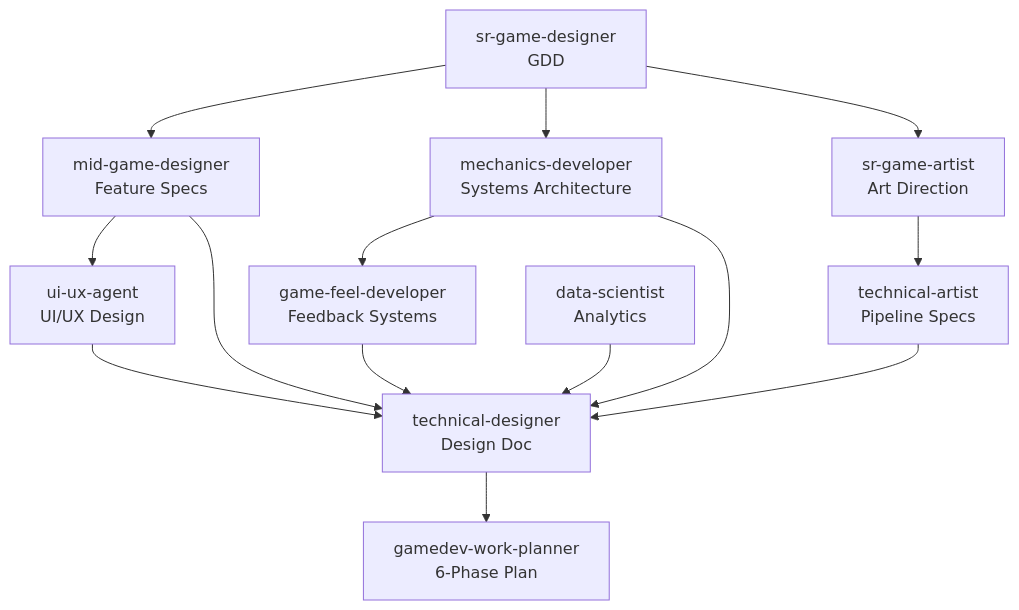
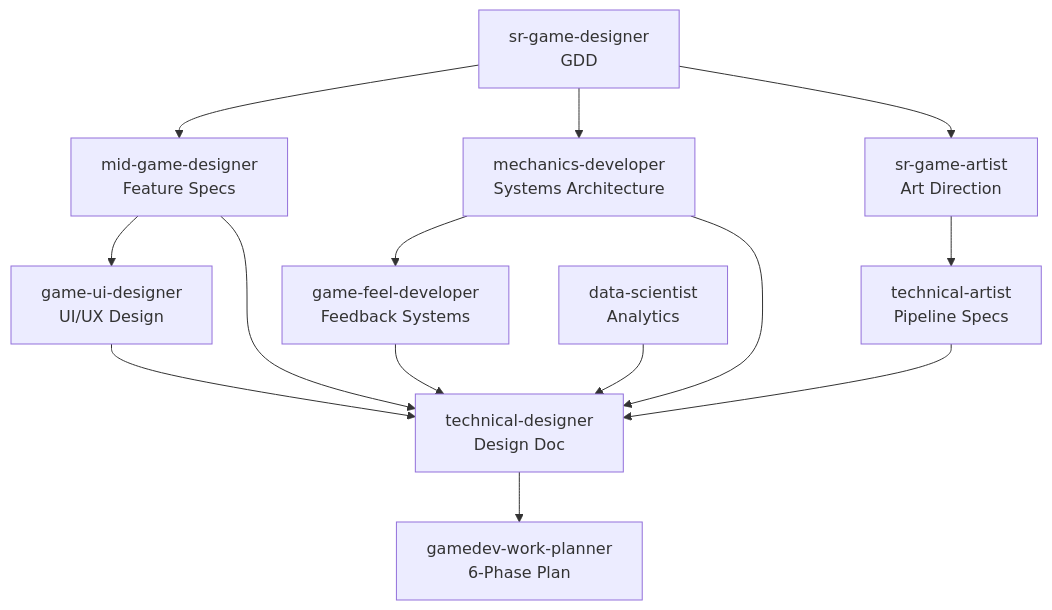
The tenth of 10 diagrams in docs/overture/gamedev-workflows.md (tundraray/overture), drawn with Mermaid before and after one commit. The commit also changed other lines of this file and 92 other files, not shown here.

````diff
--- a/docs/overture/gamedev-workflows.md
+++ b/docs/overture/gamedev-workflows.md
@@ -335,18 +335,18 @@
 ```mermaid
 graph TB
     SGD[sr-game-designer<br/>GDD] --> MGD[mid-game-designer<br/>Feature Specs]
     SGD --> MD[mechanics-developer<br/>Systems Architecture]
     MD --> GFD[game-feel-developer<br/>Feedback Systems]
     SGD --> SGA[sr-game-artist<br/>Art Direction]
     SGA --> TA[technical-artist<br/>Pipeline Specs]
-    MGD --> UI[ui-ux-agent<br/>UI/UX Design]
+    MGD --> UI[game-ui-designer<br/>UI/UX Design]
 
     MGD --> TD[technical-designer<br/>Design Doc]
     MD --> TD
     GFD --> TD
     TA --> TD
     UI --> TD
     DS[data-scientist<br/>Analytics] --> TD
 
     TD --> WP[gamedev-work-planner<br/>6-Phase Plan]
 ```
````
